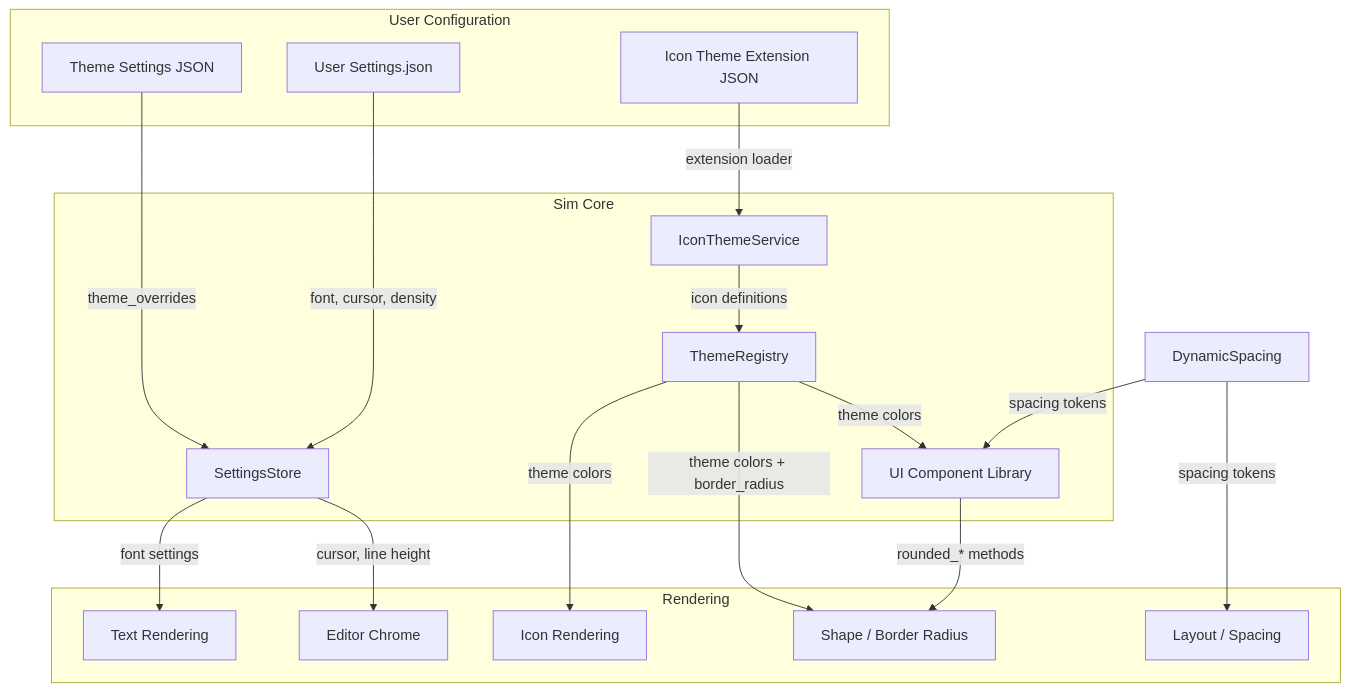
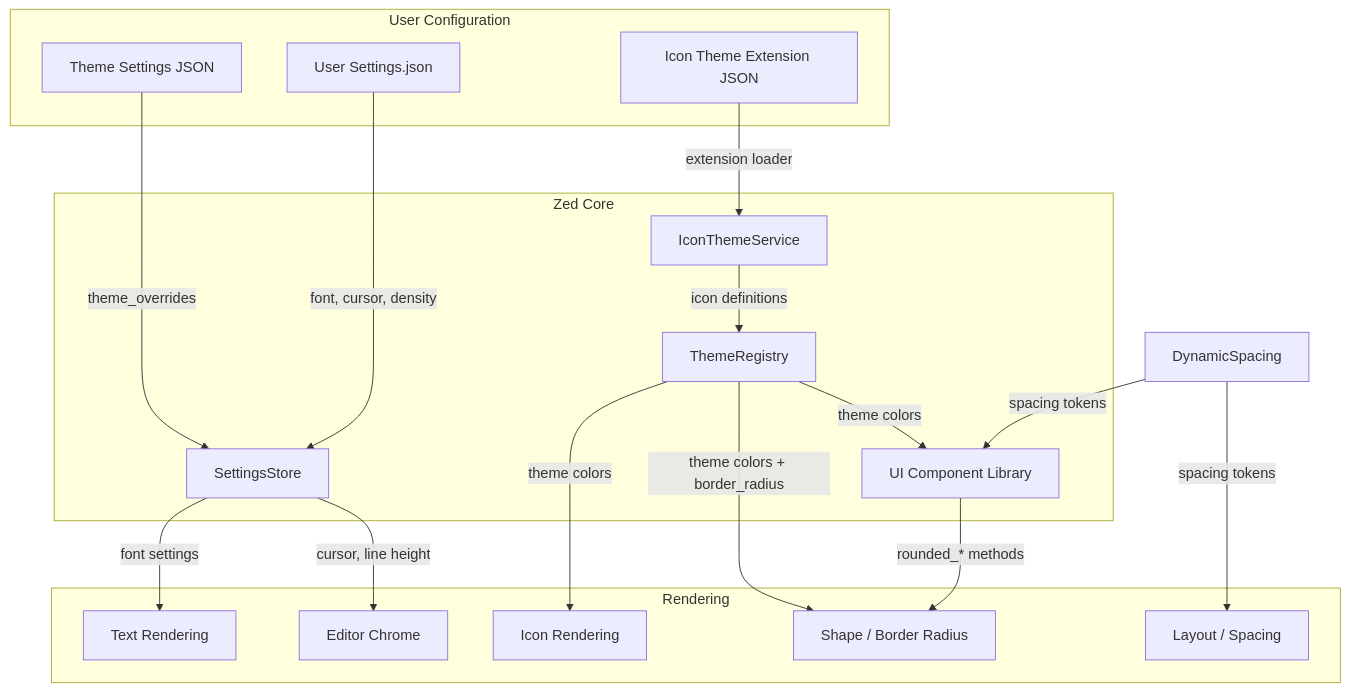
One commit to imagineerings/xor changed the diagram in .agents/specs/spectrum-2-ui-language/design.md. Above: the diagram before and after it, drawn with Mermaid. The commit also changed other lines of this file and 2547 other files, not shown here.

````diff
--- a/.agents/specs/spectrum-2-ui-language/design.md
+++ b/.agents/specs/spectrum-2-ui-language/design.md
@@ -39,36 +39,36 @@
 ```mermaid
 graph TD
     subgraph "User Configuration"
         TS[Theme Settings JSON]
         US[User Settings.json]
         ITS[Icon Theme Extension JSON]
     end
 
-    subgraph "Sim Core"
+    subgraph "Zed Core"
         TR[ThemeRegistry]
         ITSvc[IconThemeService]
         SS[SettingsStore]
         UI[UI Component Library]
     end
 
     subgraph "Rendering"
         Txt[Text Rendering]
         Ico[Icon Rendering]
         Lay[Layout / Spacing]
         Shp[Shape / Border Radius]
         Ed[Editor Chrome]
     end
 
     TS -->|theme_overrides| SS
     US -->|font, cursor, density| SS
     ITS -->|extension loader| ITSvc
     ITSvc -->|icon definitions| TR
     SS -->|font settings| Txt
     SS -->|cursor, line height| Ed
     TR -->|theme colors| Ico
     TR -->|theme colors + border_radius| Shp
     TR -->|theme colors| UI
     DynamicSpacing -->|spacing tokens| Lay
     DynamicSpacing -->|spacing tokens| UI
     UI -->|rounded_* methods| Shp
 ```
````
